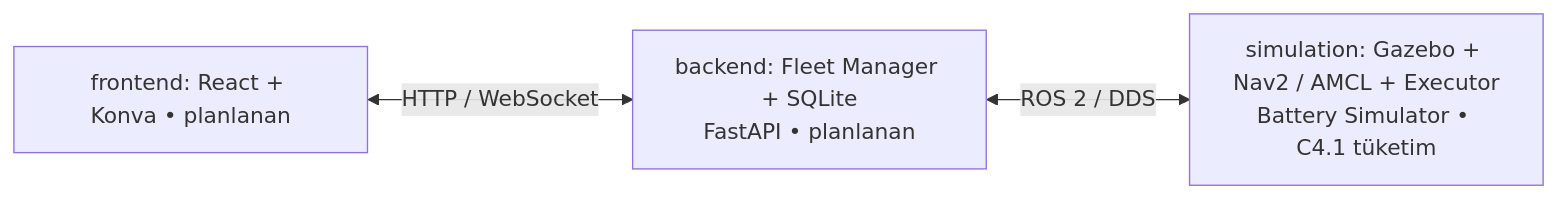
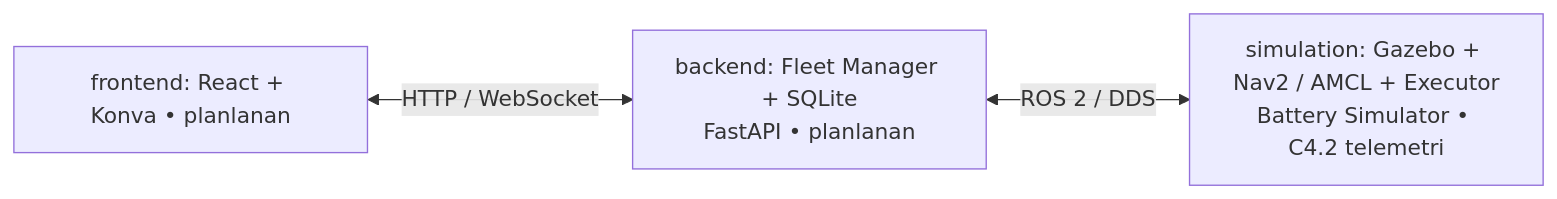
One commit to m-gnr/ros2-fleet-manager changed the diagram in README.md. Above: the diagram before and after it, drawn with Mermaid. The commit also changed other lines of this file and 48 other files, not shown here.

Commit message:
feat(battery): integrate telemetry with executor and fleet manager

````diff
--- a/README.md
+++ b/README.md
@@ -15,5 +15,5 @@
 ```mermaid
 flowchart LR
     UI["frontend: React + Konva • planlanan"] <-->|"HTTP / WebSocket"| API["backend: Fleet Manager + SQLite<br/>FastAPI • planlanan"]
-    API <-->|"ROS 2 / DDS"| SIM["simulation: Gazebo + Nav2 / AMCL + Executor<br/>Battery Simulator • C4.1 tüketim"]
+    API <-->|"ROS 2 / DDS"| SIM["simulation: Gazebo + Nav2 / AMCL + Executor<br/>Battery Simulator • C4.2 telemetri"]
 ```
````
